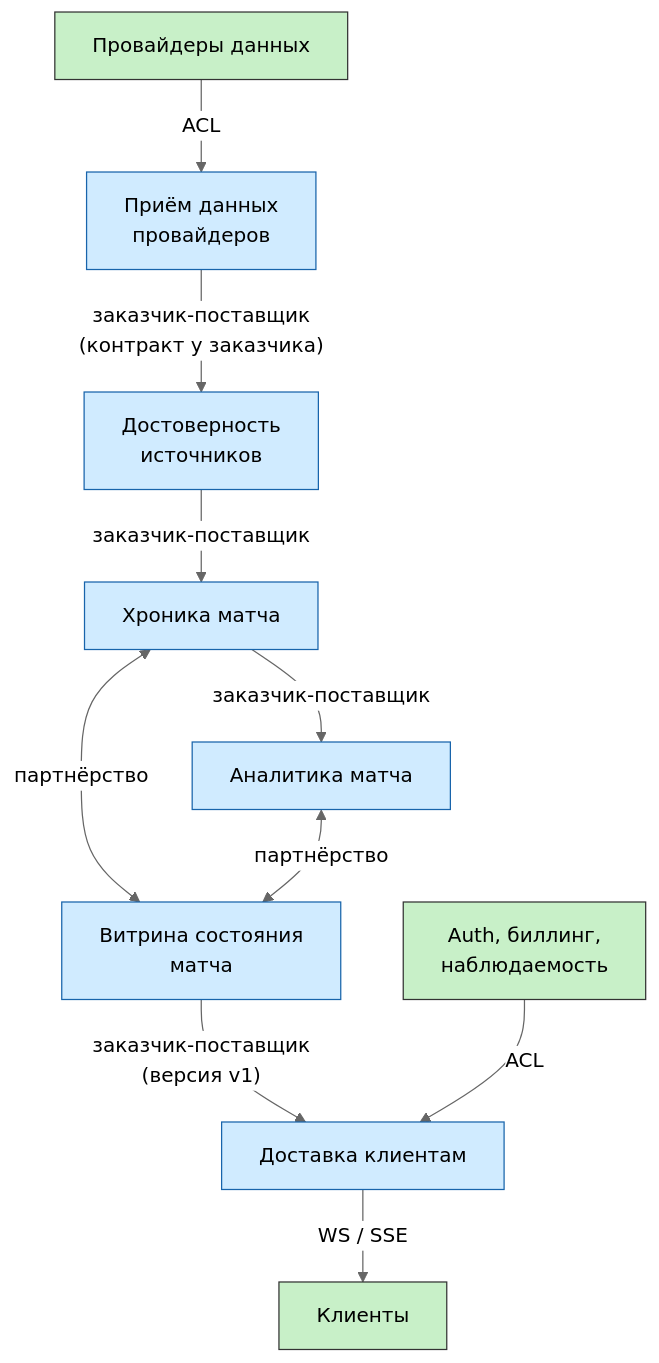
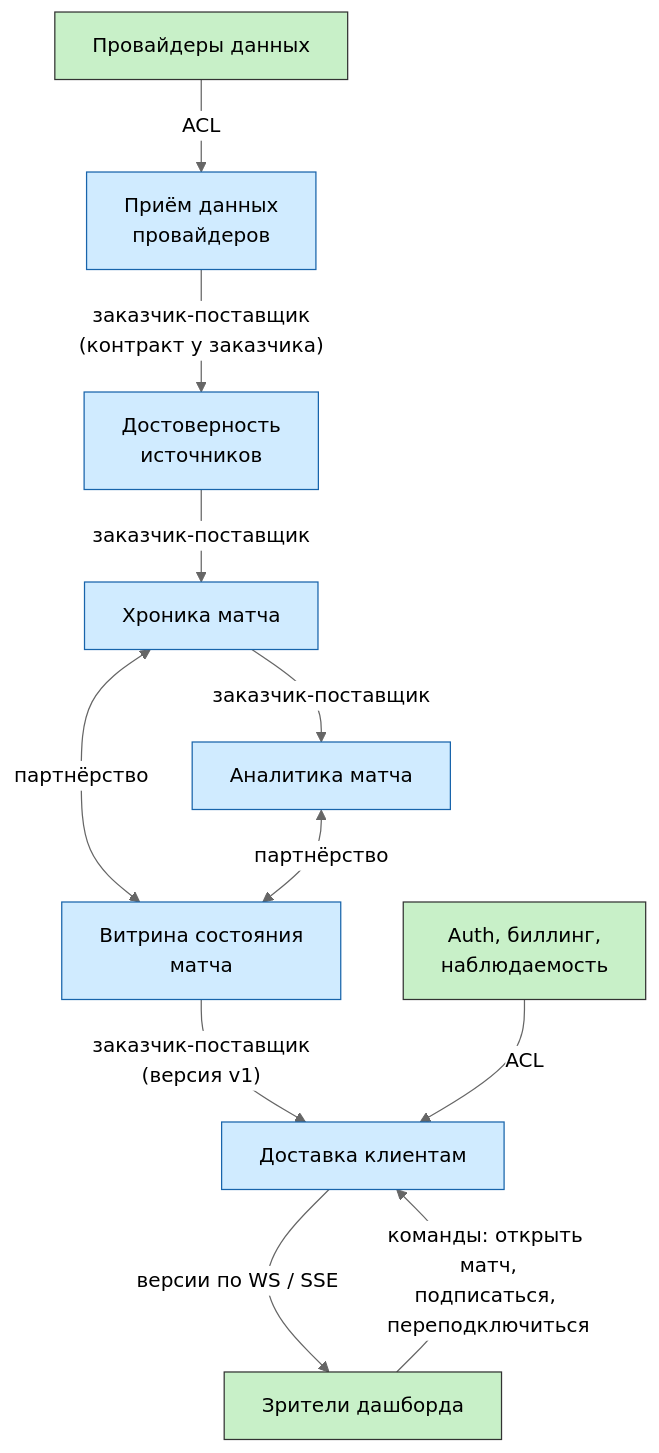
One commit to a-polunin/realtime-dashboard-otus changed the fourth of 4 diagrams in docs/08-event-storming.md. Above: the diagram before and after it, drawn with Mermaid (neutral theme). The commit also changed other lines of this file and 2 other files, not shown here.

````diff
--- a/docs/08-event-storming.md
+++ b/docs/08-event-storming.md
@@ -186,26 +252,27 @@
 ```mermaid
 flowchart TB
     PROV[Провайдеры данных]:::ext
-    CLIENT[Клиенты]:::ext
+    CLIENT[Зрители дашборда]:::ext
     GEN[Auth, биллинг,<br/>наблюдаемость]:::ext
 
     INT[Приём данных<br/>провайдеров]:::bc
     TRUST[Достоверность<br/>источников]:::bc
     CHRON[Хроника матча]:::bc
     ANL[Аналитика матча]:::bc
     VIEW[Витрина состояния<br/>матча]:::bc
     DELIV[Доставка клиентам]:::bc
 
     PROV -->|ACL| INT
     INT -->|"заказчик-поставщик<br/>(контракт у заказчика)"| TRUST
     TRUST -->|заказчик-поставщик| CHRON
     CHRON -->|заказчик-поставщик| ANL
     CHRON <-->|партнёрство| VIEW
     ANL <-->|партнёрство| VIEW
     VIEW -->|"заказчик-поставщик<br/>(версия v1)"| DELIV
     GEN -->|ACL| DELIV
-    DELIV -->|WS / SSE| CLIENT
+    DELIV -->|"версии по WS / SSE"| CLIENT
+    CLIENT -->|"команды: открыть матч,<br/>подписаться, переподключиться"| DELIV
 
     classDef bc fill:#d0ebff,stroke:#1864ab,color:#000
     classDef ext fill:#c8f0c8,stroke:#333,color:#000
 ```
````
